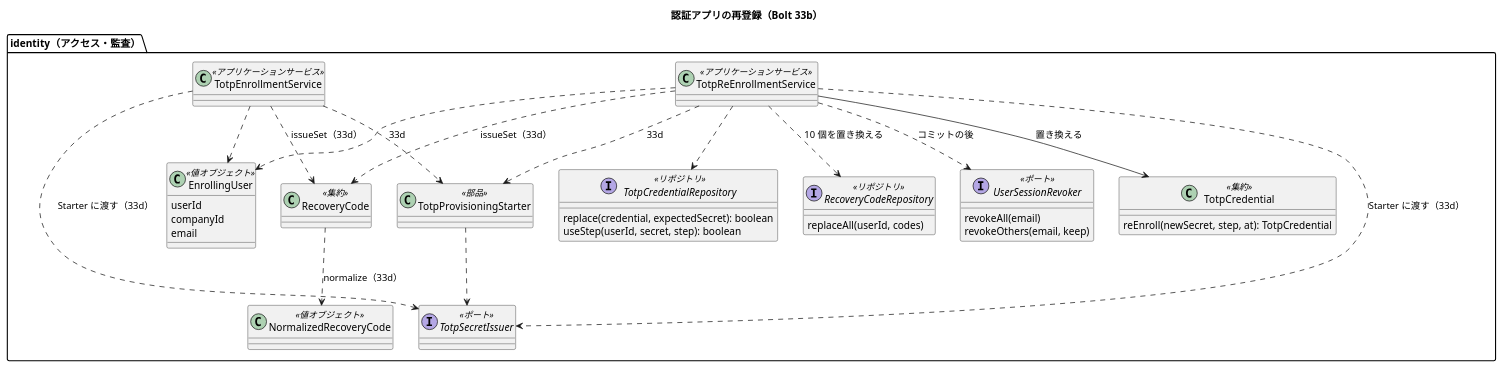
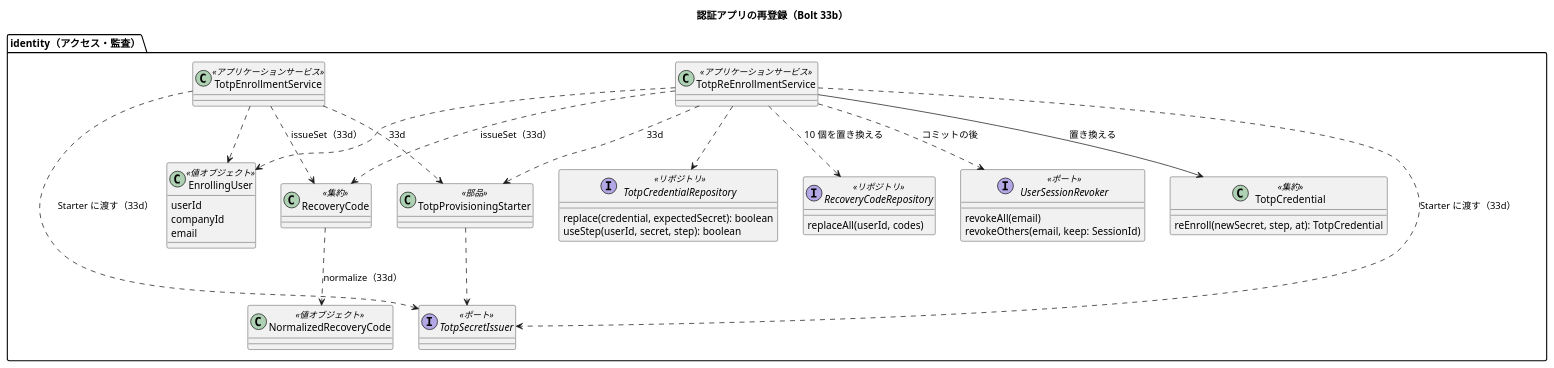
Before and after one commit to k2works/practical-domain-driven-design-in-enterpris-application: diagram 14 of 22 in docs/design/cargo-tracker/domain_model.md, drawn with PlantUML. The commit also changed other lines of this file and 9 other files, not shown here.

````diff
--- a/docs/design/cargo-tracker/domain_model.md
+++ b/docs/design/cargo-tracker/domain_model.md
@@ -1072,46 +1073,46 @@
 ```plantuml
 @startuml
 title 認証アプリの再登録（Bolt 33b）
 package "identity（アクセス・監査）" {
   class TotpCredential <<集約>> {
     reEnroll(newSecret, step, at): TotpCredential
   }
   class RecoveryCode <<集約>>
   class EnrollingUser <<値オブジェクト>> {
     userId
     companyId
     email
   }
   interface TotpCredentialRepository <<リポジトリ>> {
     replace(credential, expectedSecret): boolean
     useStep(userId, secret, step): boolean
   }
   interface RecoveryCodeRepository <<リポジトリ>> {
     replaceAll(userId, codes)
   }
   interface UserSessionRevoker <<ポート>> {
     revokeAll(email)
-    revokeOthers(email, keep)
+    revokeOthers(email, keep: SessionId)
   }
   interface TotpSecretIssuer <<ポート>>
   class NormalizedRecoveryCode <<値オブジェクト>>
   class TotpProvisioningStarter <<部品>>
   class TotpEnrollmentService <<アプリケーションサービス>>
   class TotpReEnrollmentService <<アプリケーションサービス>>
   TotpEnrollmentService ..> TotpProvisioningStarter : 33d
   TotpReEnrollmentService ..> TotpProvisioningStarter : 33d
   TotpProvisioningStarter ..> TotpSecretIssuer
   TotpEnrollmentService ..> RecoveryCode : issueSet（33d）
   TotpReEnrollmentService ..> RecoveryCode : issueSet（33d）
   RecoveryCode ..> NormalizedRecoveryCode : normalize（33d）
   TotpEnrollmentService ..> EnrollingUser
   TotpReEnrollmentService ..> EnrollingUser
   TotpEnrollmentService ..> TotpSecretIssuer : Starter に渡す（33d）
   TotpReEnrollmentService ..> TotpSecretIssuer : Starter に渡す（33d）
   TotpReEnrollmentService --> TotpCredential : 置き換える
   TotpReEnrollmentService ..> TotpCredentialRepository
   TotpReEnrollmentService ..> RecoveryCodeRepository : 10 個を置き換える
   TotpReEnrollmentService ..> UserSessionRevoker : コミットの後
 }
 @enduml
 ```
````
